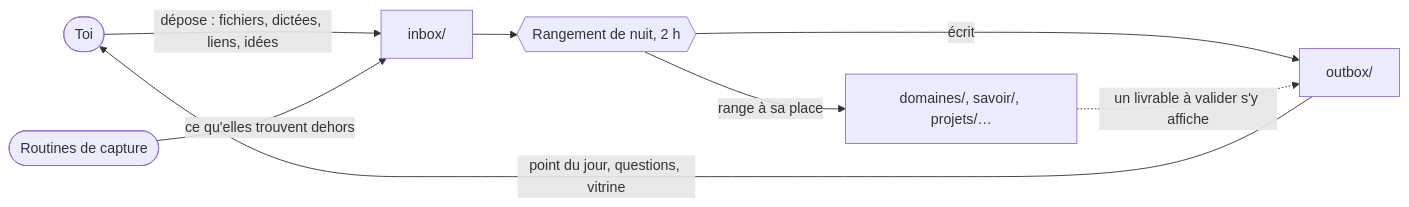
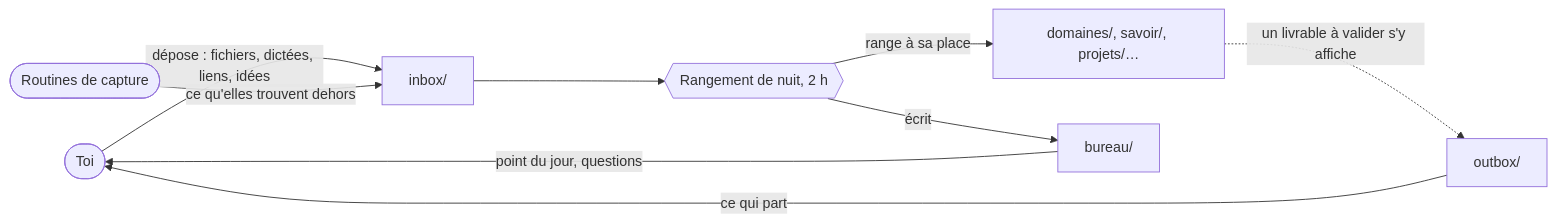
Before and after one commit to thomrichard/aios-V2: the first of 4 diagrams in docs/presentation.md, drawn with Mermaid. The commit also changed other lines of this file and 24 other files, not shown here.

First line of the commit message:
Le bureau : ce qui est en cours sort de l'outbox (#83)

````diff
--- a/docs/presentation.md
+++ b/docs/presentation.md
@@ -77,10 +78,11 @@
 ```mermaid
 flowchart LR
     Toi([Toi]) -- "dépose : fichiers, dictées, liens, idées" --> Inbox[inbox/]
     Veille([Routines de capture]) -- "ce qu'elles trouvent dehors" --> Inbox
     Inbox --> Nuit{{Rangement de nuit, 2 h}}
     Nuit -- "range à sa place" --> Domaines[domaines/, savoir/, projets/…]
-    Nuit -- "écrit" --> Outbox[outbox/]
-    Domaines -. "un livrable à valider s'y affiche" .-> Outbox
-    Outbox -- "point du jour, questions, vitrine" --> Toi
+    Nuit -- "écrit" --> Bureau[bureau/]
+    Bureau -- "point du jour, questions" --> Toi
+    Domaines -. "un livrable à valider s'y affiche" .-> Outbox[outbox/]
+    Outbox -- "ce qui part" --> Toi
 ```
````
